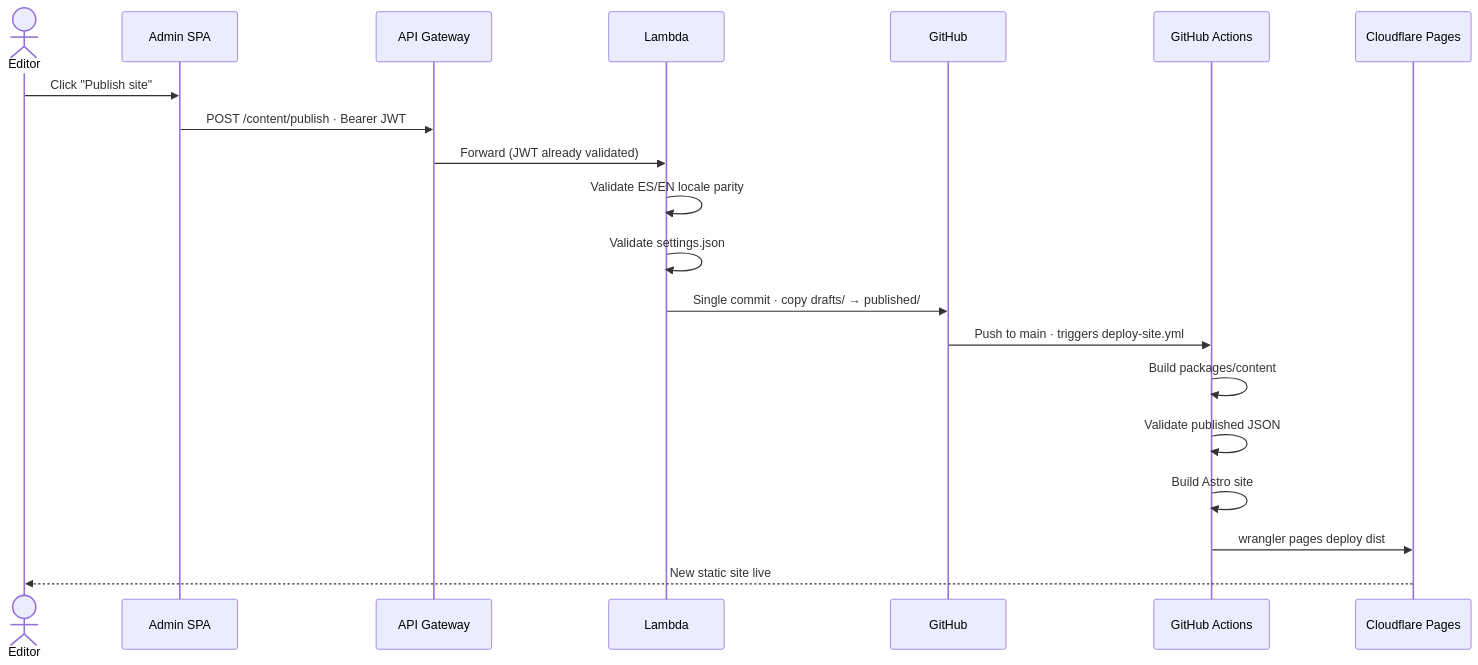
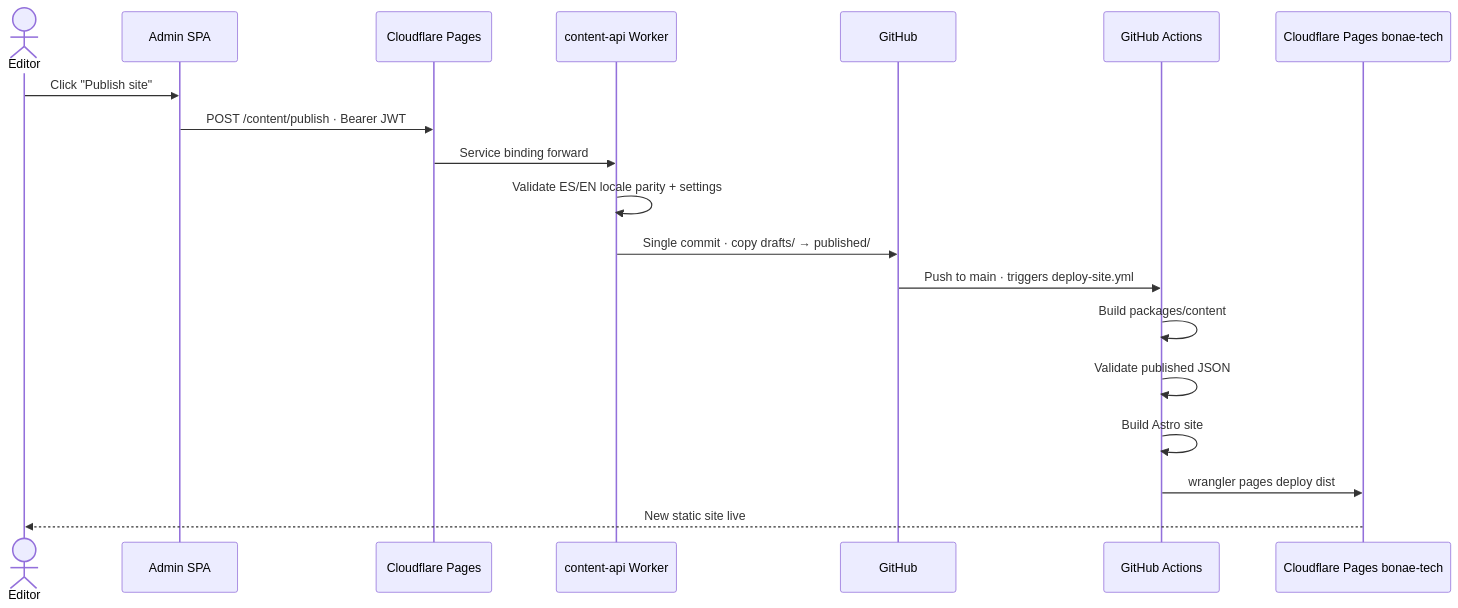
The fourth of 15 diagrams in docs/architecture.md (Bonae-Tech/bonae-tech), drawn with Mermaid before and after one commit. The commit also changed other lines of this file and 62 other files, not shown here.

First line of the commit message:
Hybrid Cloudflare + AWS Cognito architecture (#58)

````diff
--- a/docs/architecture.md
+++ b/docs/architecture.md
@@ -243,23 +220,22 @@
 ```mermaid
 sequenceDiagram
     actor Editor
     participant SPA as Admin SPA
-    participant APIGW as API Gateway
-    participant Lambda
+    participant Pages as Cloudflare Pages
+    participant Worker as content-api Worker
     participant GH as GitHub
     participant Actions as GitHub Actions
-    participant CF as Cloudflare Pages
+    participant CF as Cloudflare Pages bonae-tech
 
     Editor->>SPA: Click "Publish site"
-    SPA->>APIGW: POST /content/publish · Bearer JWT
-    APIGW->>Lambda: Forward (JWT already validated)
-    Lambda->>Lambda: Validate ES/EN locale parity
-    Lambda->>Lambda: Validate settings.json
-    Lambda->>GH: Single commit · copy drafts/ → published/
+    SPA->>Pages: POST /content/publish · Bearer JWT
+    Pages->>Worker: Service binding forward
+    Worker->>Worker: Validate ES/EN locale parity + settings
+    Worker->>GH: Single commit · copy drafts/ → published/
     GH->>Actions: Push to main · triggers deploy-site.yml
     Actions->>Actions: Build packages/content
     Actions->>Actions: Validate published JSON
     Actions->>Actions: Build Astro site
     Actions->>CF: wrangler pages deploy dist
     CF-->>Editor: New static site live
 ```
````
